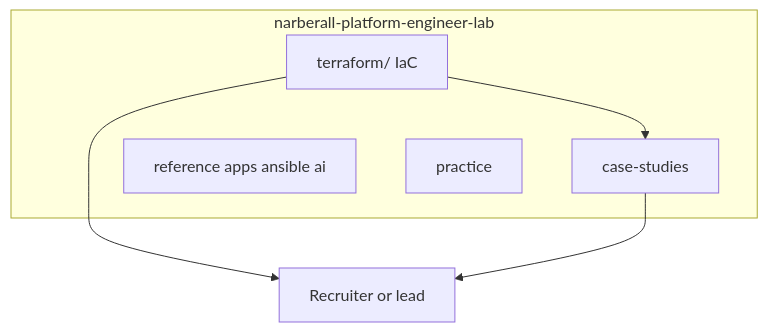
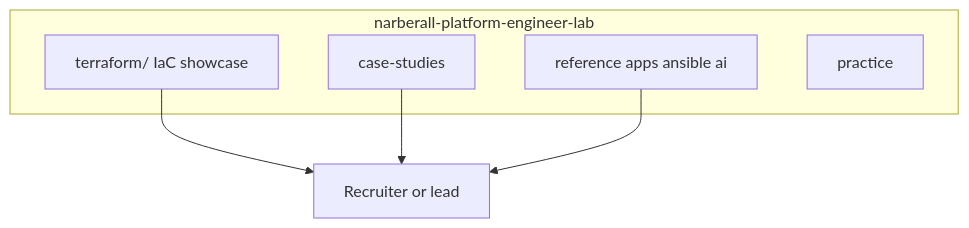
One commit to NarberallGamma/narberall-platform-engineer-lab changed the second of 5 diagrams in README.md. Above: the diagram before and after it, drawn with Mermaid. The commit also changed other lines of this file and 3 other files, not shown here.

````diff
--- a/README.md
+++ b/README.md
@@ -44,12 +77,12 @@
 ```mermaid
 flowchart TB
   subgraph lab [narberall-platform-engineer-lab]
-    TF["terraform/ IaC"]
+    TF["terraform/ IaC showcase"]
     CS[case-studies]
     REF[reference apps ansible ai]
     PR[practice]
   end
-  TF --> CS
   TF --> Hunter[Recruiter or lead]
   CS --> Hunter
+  REF --> Hunter
 ```
````
